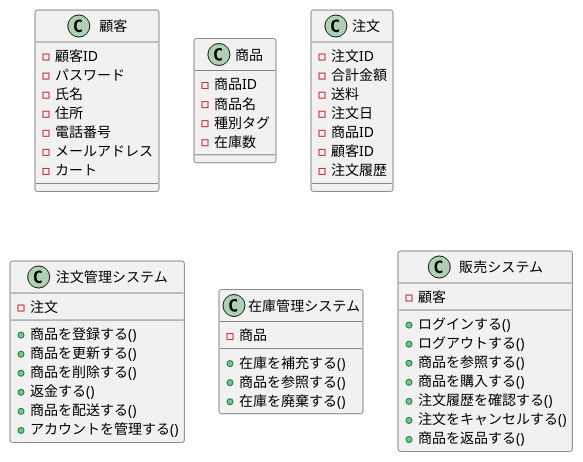
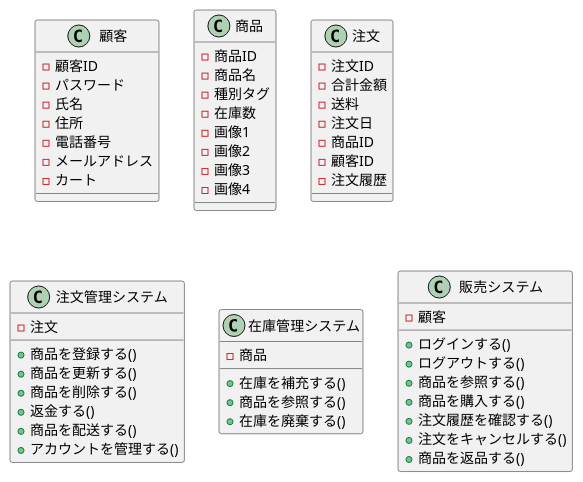
One commit to FujikawaHirono0520/group3_1_dogdog changed the diagram in BB/class.pu. Above: the diagram before and after it, drawn with PlantUML.

Commit message:
change 商品

```diff
--- a/BB/class.pu
+++ b/BB/class.pu
@@ -1,61 +1,65 @@
 @startuml .
 
 class 顧客{
     - 顧客ID
     - パスワード
     - 氏名
     - 住所
     - 電話番号
     - メールアドレス
     - カート
 }
 
 class 商品 {
     - 商品ID
     - 商品名
     - 種別タグ
     - 在庫数
+    - 画像1
+    - 画像2
+    - 画像3
+    - 画像4
 }
 
 class 注文 {
     - 注文ID
     - 合計金額
     - 送料
     - 注文日
     - 商品ID
     - 顧客ID
     - 注文履歴
 }
 
 class 注文管理システム{
     - 注文
 
     + 商品を登録する()
     + 商品を更新する()
     + 商品を削除する()
     + 返金する()
     + 商品を配送する()
     + アカウントを管理する()
 }
 
 class 在庫管理システム{
     - 商品
 
     + 在庫を補充する()
     + 商品を参照する()
     + 在庫を廃棄する()
 }
 
 class 販売システム{
     - 顧客
 
     + ログインする()
     + ログアウトする()
     + 商品を参照する()
     + 商品を購入する()
     + 注文履歴を確認する()
     + 注文をキャンセルする()
     + 商品を返品する()
 }
 
 @enduml
```
